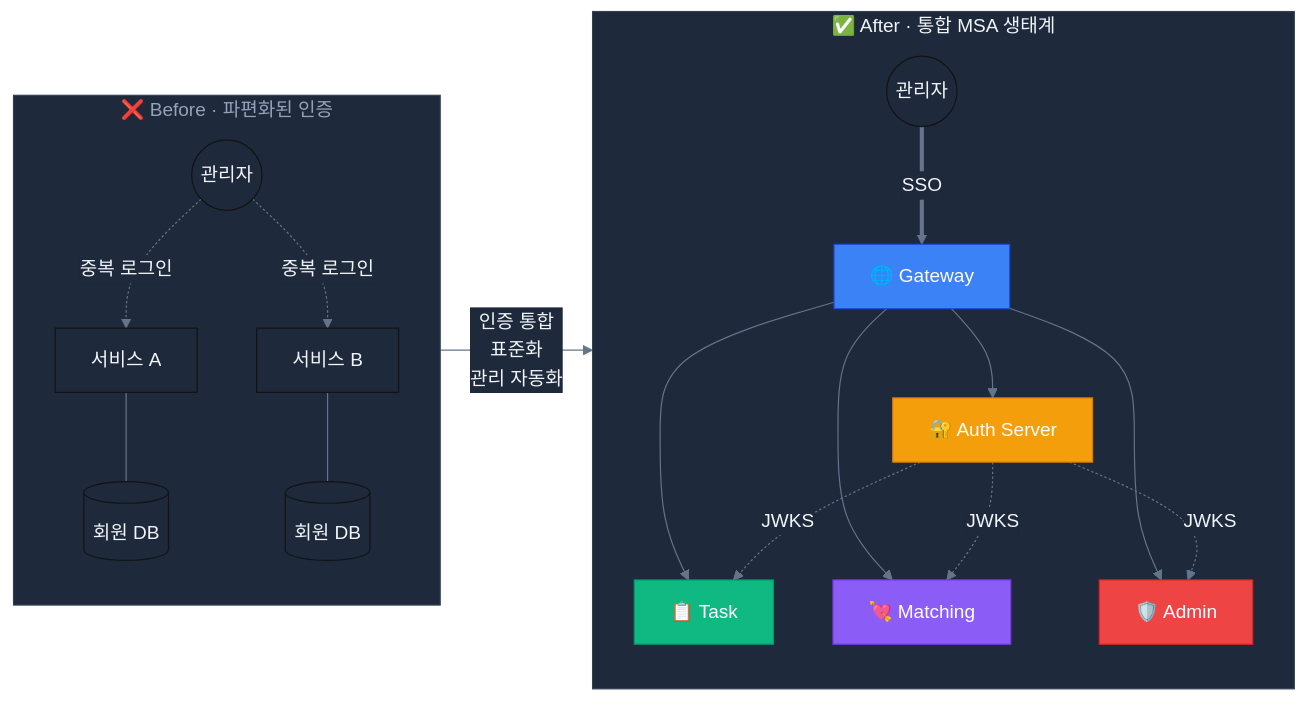
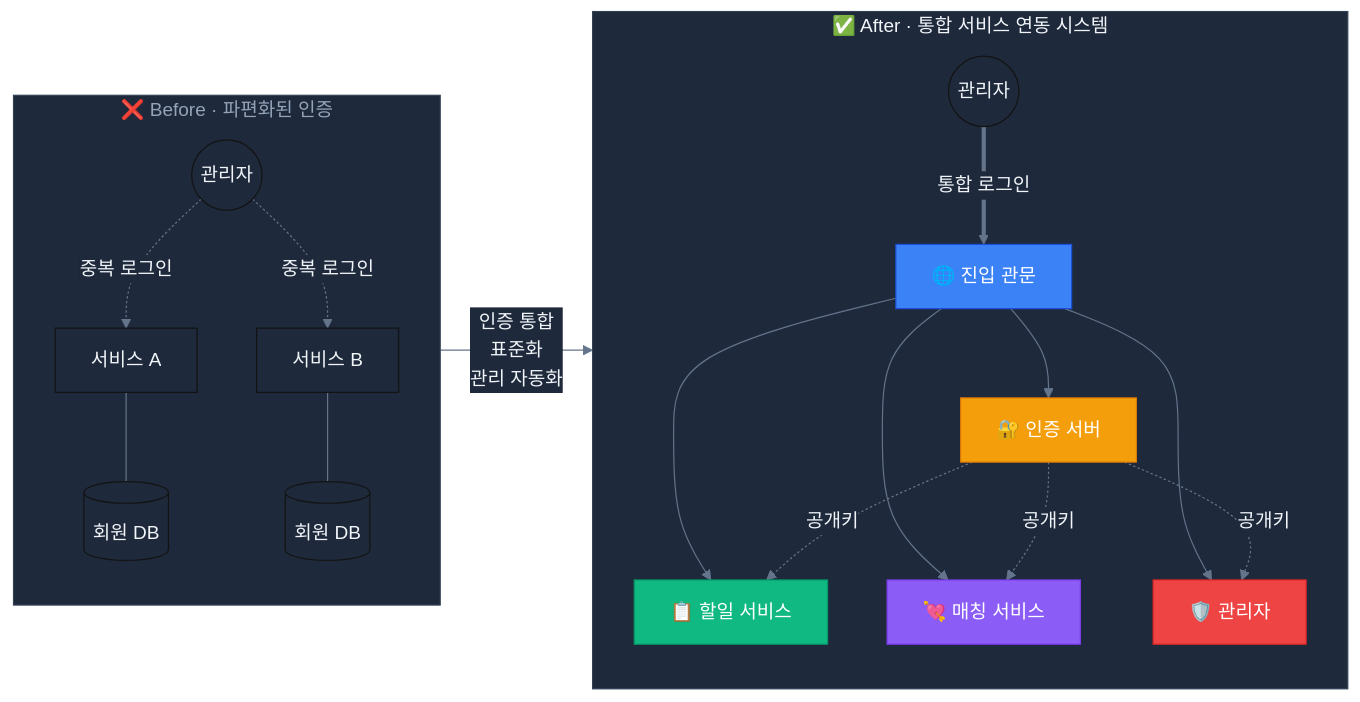
One commit to hello-pebble/auth-gateway-platform changed the first of 4 diagrams in README.md. Above: the diagram before and after it, drawn with Mermaid. The commit also changed other lines of this file and 2 other files, not shown here.

````diff
--- a/README.md
+++ b/README.md
@@ -21,33 +21,33 @@
 ```mermaid
 %%{init: {'theme': 'base', 'themeVariables': {'primaryColor': '#1e293b', 'primaryTextColor': '#f1f5f9', 'lineColor': '#64748b', 'secondaryColor': '#0f172a', 'tertiaryColor': '#1e293b', 'edgeLabelBackground': '#1e293b', 'clusterBkg': '#0f172a', 'clusterBorder': '#334155', 'titleColor': '#f1f5f9'}}}%%
 graph LR
     subgraph Before["❌ Before · 파편화된 인증"]
         direction TB
         P1[서비스 A] --- DB1[(회원 DB)]
         P2[서비스 B] --- DB2[(회원 DB)]
         ADM((관리자)) -.->|중복 로그인| P1
         ADM -.->|중복 로그인| P2
     end
 
-    subgraph After["✅ After · 통합 MSA 생태계"]
+    subgraph After["✅ After · 통합 서비스 연동 시스템"]
         direction TB
-        GW[🌐 Gateway] --> AS[🔐 Auth Server]
-        GW --> SVC1[📋 Task]
-        GW --> SVC2[💘 Matching]
-        GW --> SVC3[🛡️ Admin]
-        AS -.->|JWKS| SVC1
-        AS -.->|JWKS| SVC2
-        AS -.->|JWKS| SVC3
-        ADMIN((관리자)) ==>|SSO| GW
+        GW[🌐 진입 관문] --> AS[🔐 인증 서버]
+        GW --> SVC1[📋 할일 서비스]
+        GW --> SVC2[💘 매칭 서비스]
+        GW --> SVC3[🛡️ 관리자]
+        AS -.->|공개키| SVC1
+        AS -.->|공개키| SVC2
+        AS -.->|공개키| SVC3
+        ADMIN((관리자)) ==>|통합 로그인| GW
     end
 
     Before -->|"인증 통합\n표준화\n관리 자동화"| After
 
     style Before fill:#1e293b,color:#94a3b8,stroke:#334155
     style After fill:#1e293b,color:#f1f5f9,stroke:#334155
     style GW fill:#3b82f6,color:#fff,stroke:#1d4ed8
     style AS fill:#f59e0b,color:#fff,stroke:#d97706
     style SVC1 fill:#10b981,color:#fff,stroke:#059669
     style SVC2 fill:#8b5cf6,color:#fff,stroke:#7c3aed
     style SVC3 fill:#ef4444,color:#fff,stroke:#dc2626
 ```
````
